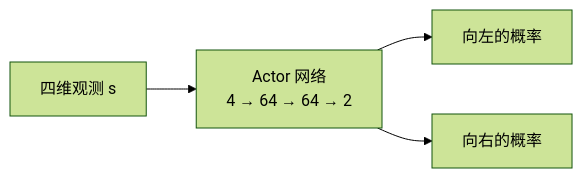
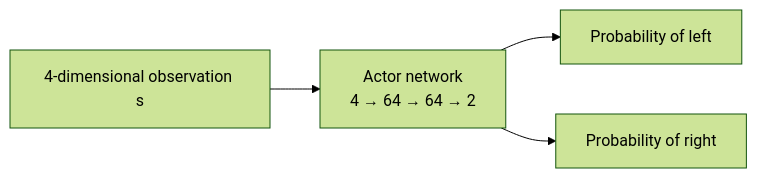
The first of 2 diagrams in docs/chapter01_cartpole/metrics.md (saisandeshk/hands-on-modern-rl-en), drawn with Mermaid (forest theme) before and after one commit. The commit also changed other lines of this file and 909 other files, not shown here.

````diff
--- a/docs/chapter01_cartpole/metrics.md
+++ b/docs/chapter01_cartpole/metrics.md
@@ -116,6 +117,6 @@
 ```mermaid
 flowchart LR
-    S["四维观测 s"] --> N["Actor 网络<br/>4 → 64 → 64 → 2"]
-    N --> L["向左的概率"]
-    N --> R["向右的概率"]
+    S["4-dimensional observation s"] --> N["Actor network<br/>4 → 64 → 64 → 2"]
+    N --> L["Probability of left"]
+    N --> R["Probability of right"]
 ```
````
